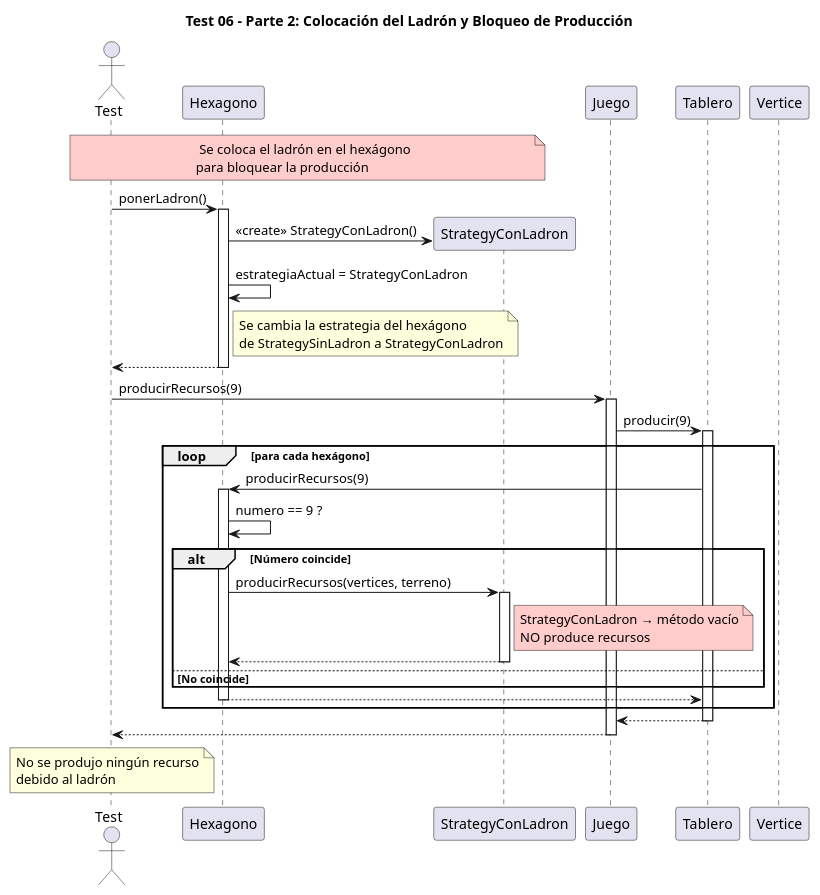
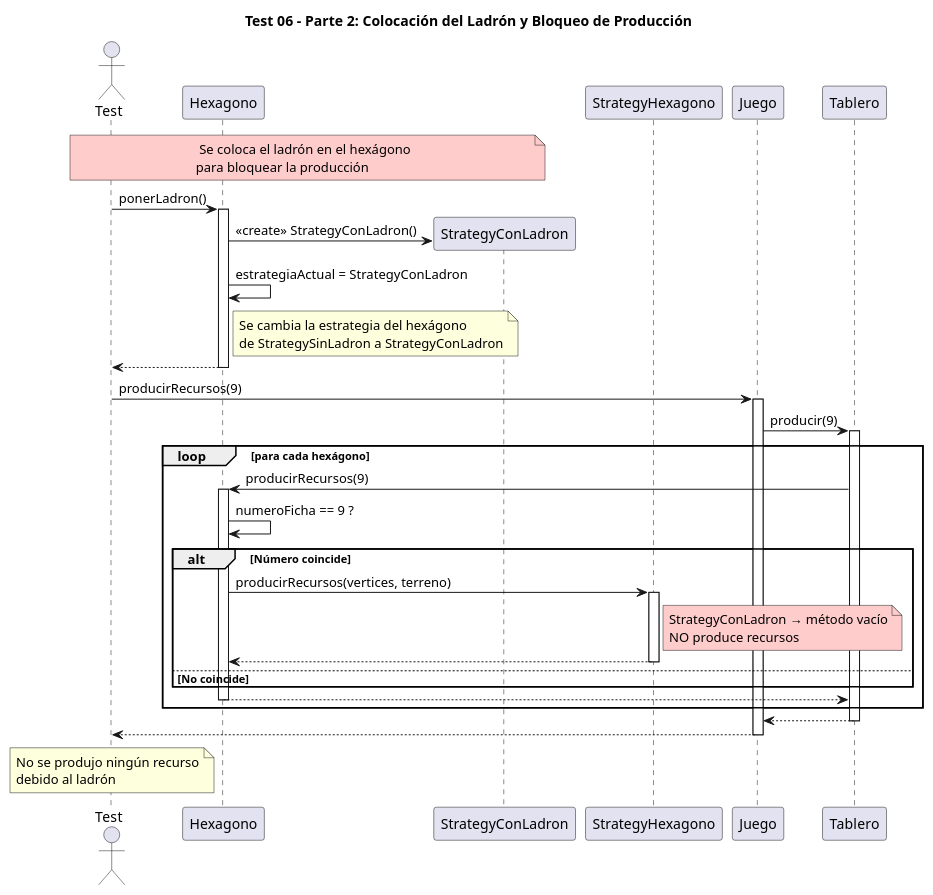
One commit to ValeSolArroyo/TP2-Catan changed the second of 3 diagrams in diagrams/sequences/test06.puml. Above: the diagram before and after it, drawn with PlantUML. The commit also changed other lines of this file and 8 other files, not shown here.

Commit message:
diagramas actualizados

```diff
--- a/diagrams/sequences/test06.puml
+++ b/diagrams/sequences/test06.puml
@@ -56,73 +56,73 @@
 @startuml
 title Test 06 - Parte 2: Colocación del Ladrón y Bloqueo de Producción
 
 actor Test
 participant Hexagono
 participant StrategyConLadron
+participant StrategyHexagono
 participant Juego
 participant Tablero
-participant Vertice
 
 note over Test, StrategyConLadron #FFCCCC
    Se coloca el ladrón en el hexágono
   para bloquear la producción
 end note
 
 Test -> Hexagono : ponerLadron()
 activate Hexagono
 
 Hexagono -> StrategyConLadron **: <<create>> StrategyConLadron()
 Hexagono -> Hexagono : estrategiaActual = StrategyConLadron
 
 note right of Hexagono
   Se cambia la estrategia del hexágono
   de StrategySinLadron a StrategyConLadron
 end note
 
 Hexagono --> Test
 deactivate Hexagono
 
 Test -> Juego : producirRecursos(9)
 activate Juego
 
 Juego -> Tablero : producir(9)
 activate Tablero
 
 loop para cada hexágono
   Tablero -> Hexagono : producirRecursos(9)
   activate Hexagono
 
-  Hexagono -> Hexagono : numero == 9 ?
+  Hexagono -> Hexagono : numeroFicha == 9 ?
 
   alt Número coincide
-    Hexagono -> StrategyConLadron : producirRecursos(vertices, terreno)
-    activate StrategyConLadron
+    Hexagono -> StrategyHexagono : producirRecursos(vertices, terreno)
+    activate StrategyHexagono
     
-    note right of StrategyConLadron #FFCCCC
+    note right of StrategyHexagono #FFCCCC
       StrategyConLadron → método vacío
       NO produce recursos
     end note
     
-    StrategyConLadron --> Hexagono
-    deactivate StrategyConLadron
+    StrategyHexagono --> Hexagono
+    deactivate StrategyHexagono
 
   else No coincide
     note right: No produce
   end
 
   Hexagono --> Tablero
   deactivate Hexagono
 end
 
 Tablero --> Juego
 deactivate Tablero
 
 Juego --> Test
 deactivate Juego
 
 note over Test
   No se produjo ningún recurso
   debido al ladrón
 end note
 
 @enduml
```
